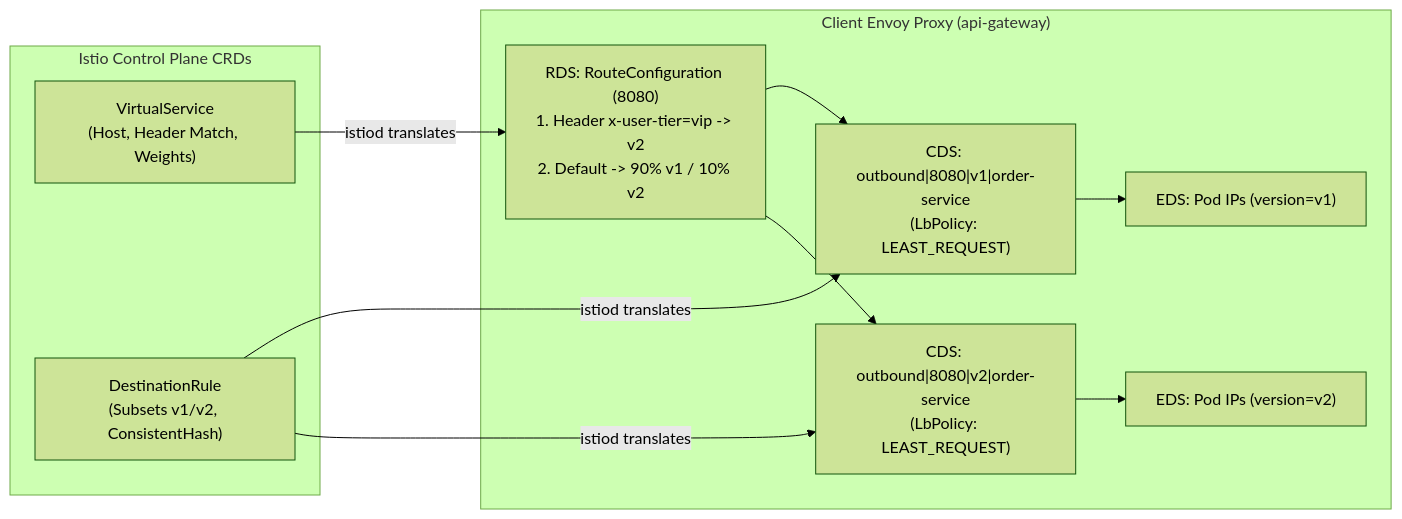
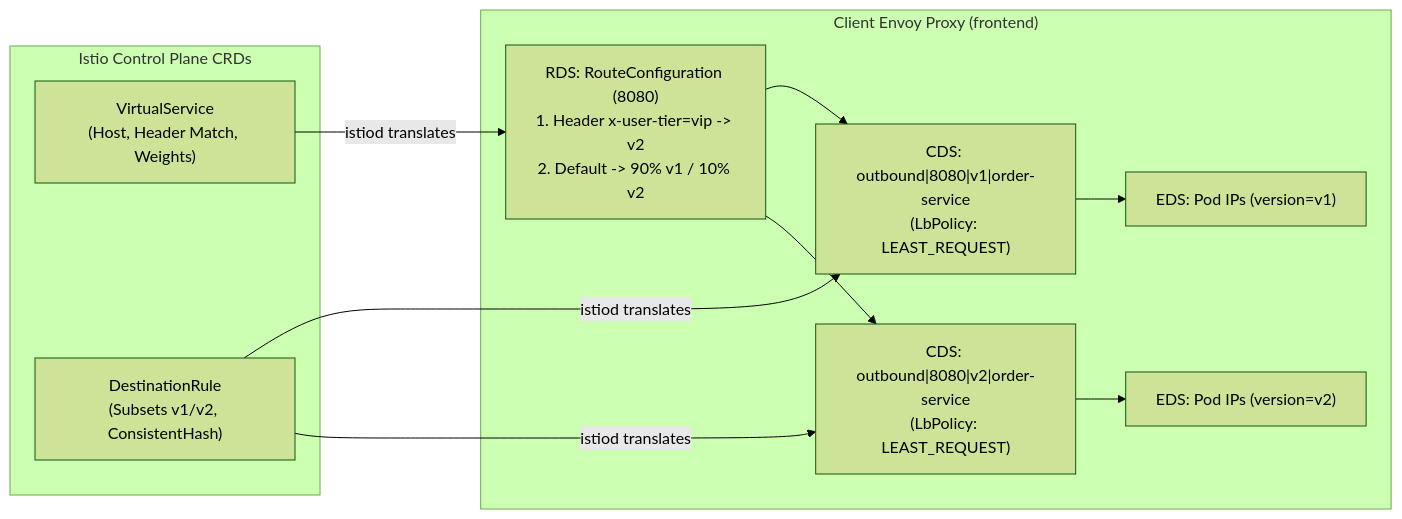
One commit to chan3845/Istio changed the diagram in fellowship/week-03-service-discovery-and-l7-routing/WEEK.md. Above: the diagram before and after it, drawn with Mermaid (forest theme). The commit also changed other lines of this file and 56 other files, not shown here.

````diff
--- a/fellowship/week-03-service-discovery-and-l7-routing/WEEK.md
+++ b/fellowship/week-03-service-discovery-and-l7-routing/WEEK.md
@@ -110,23 +124,23 @@
 ```mermaid
 flowchart LR
     subgraph IstioCRDs["Istio Control Plane CRDs"]
         VS["VirtualService\n(Host, Header Match, Weights)"]
         DR["DestinationRule\n(Subsets v1/v2, ConsistentHash)"]
     end
 
-    subgraph EnvoyXDS["Client Envoy Proxy (api-gateway)"]
+    subgraph EnvoyXDS["Client Envoy Proxy (frontend)"]
         RDS["RDS: RouteConfiguration (8080)\n1. Header x-user-tier=vip -> v2\n2. Default -> 90% v1 / 10% v2"]
         CDS1["CDS: outbound|8080|v1|order-service\n(LbPolicy: LEAST_REQUEST)"]
         CDS2["CDS: outbound|8080|v2|order-service\n(LbPolicy: LEAST_REQUEST)"]
         EDS1["EDS: Pod IPs (version=v1)"]
         EDS2["EDS: Pod IPs (version=v2)"]
     end
 
     VS -->|istiod translates| RDS
     DR -->|istiod translates| CDS1
     DR -->|istiod translates| CDS2
     RDS --> CDS1
     RDS --> CDS2
     CDS1 --> EDS1
     CDS2 --> EDS2
 ```
````
